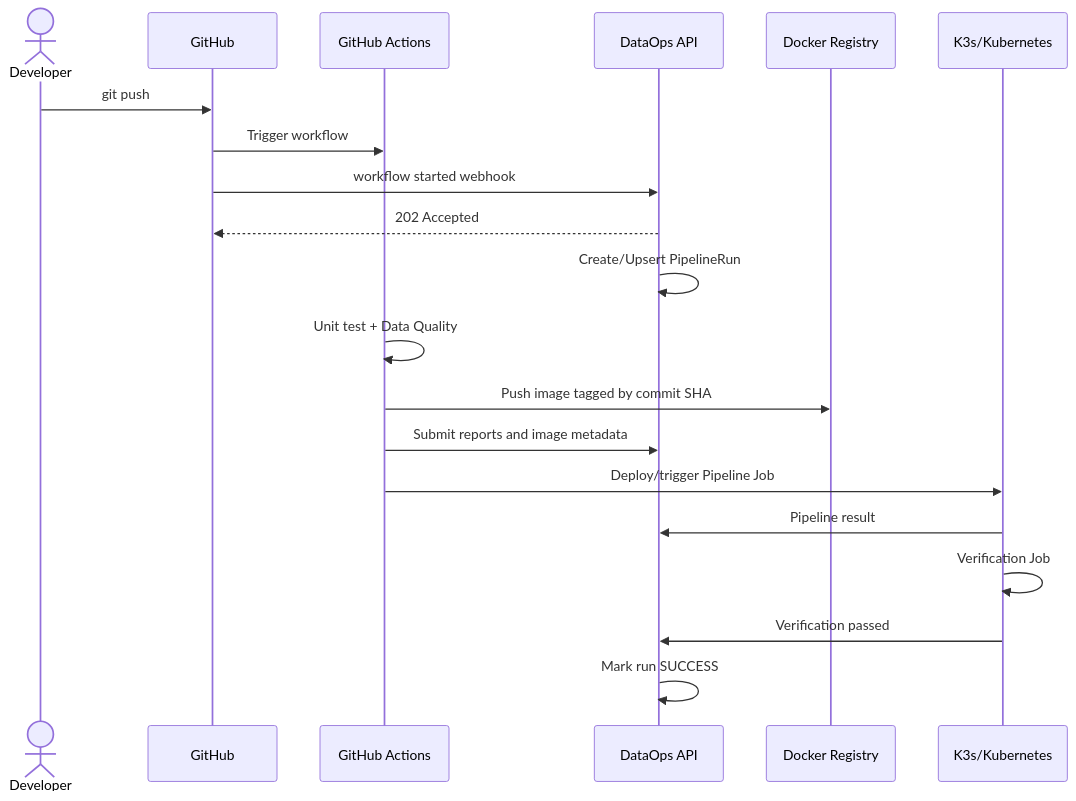
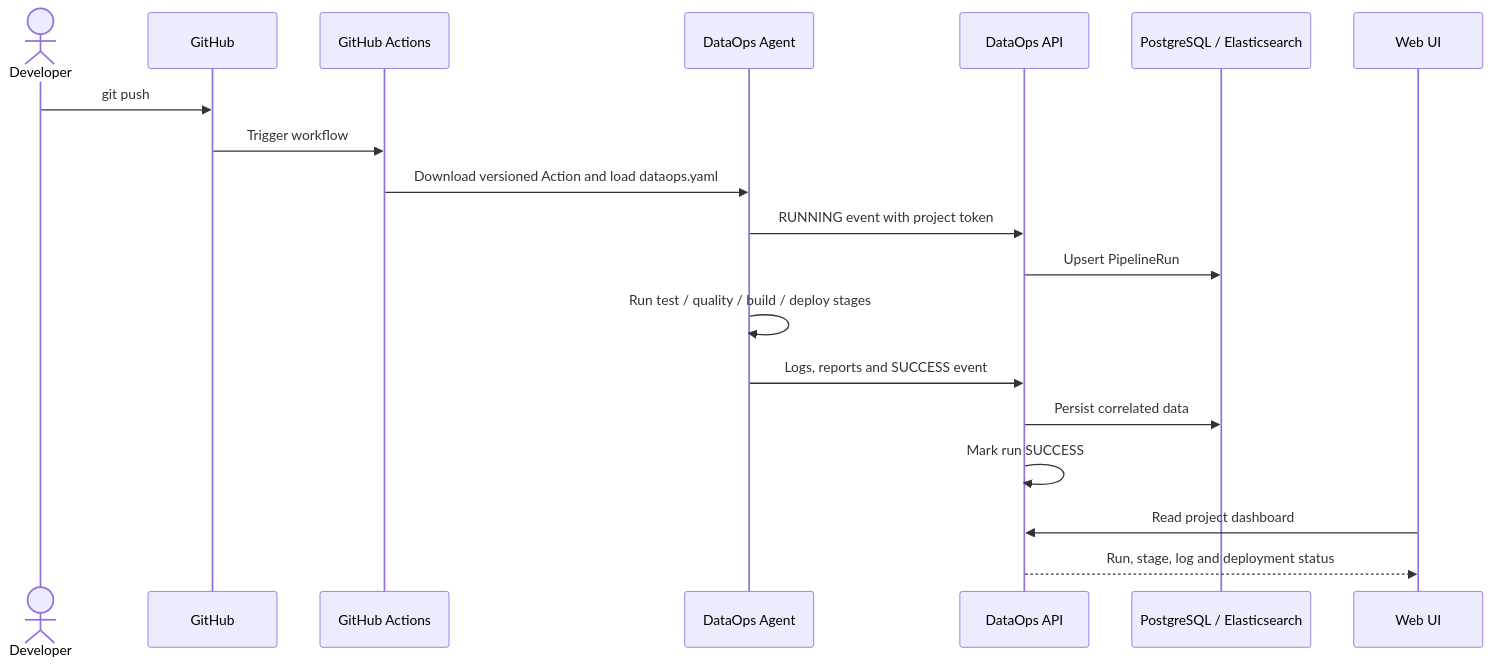
Before and after one commit to AndyAnh174/dataops-control-plane: the first of 4 diagrams in docs/03-runtime-flows.md, drawn with Mermaid. The commit also changed other lines of this file and 10 other files, not shown here.

Commit message:
docs: define self-hosted web platform flow

````diff
--- a/docs/03-runtime-flows.md
+++ b/docs/03-runtime-flows.md
@@ -17,23 +38,22 @@
 ```mermaid
 sequenceDiagram
     actor Dev as Developer
     participant Git as GitHub
     participant CI as GitHub Actions
+    participant Agent as DataOps Agent
     participant DO as DataOps API
-    participant Reg as Docker Registry
-    participant K8s as K3s/Kubernetes
+    participant Store as PostgreSQL / Elasticsearch
+    participant UI as Web UI
 
     Dev->>Git: git push
     Git->>CI: Trigger workflow
-    Git->>DO: workflow started webhook
-    DO-->>Git: 202 Accepted
-    DO->>DO: Create/Upsert PipelineRun
-    CI->>CI: Unit test + Data Quality
-    CI->>Reg: Push image tagged by commit SHA
-    CI->>DO: Submit reports and image metadata
-    CI->>K8s: Deploy/trigger Pipeline Job
-    K8s->>DO: Pipeline result
-    K8s->>K8s: Verification Job
-    K8s->>DO: Verification passed
+    CI->>Agent: Download versioned Action and load dataops.yaml
+    Agent->>DO: RUNNING event with project token
+    DO->>Store: Upsert PipelineRun
+    Agent->>Agent: Run test / quality / build / deploy stages
+    Agent->>DO: Logs, reports and SUCCESS event
+    DO->>Store: Persist correlated data
     DO->>DO: Mark run SUCCESS
+    UI->>DO: Read project dashboard
+    DO-->>UI: Run, stage, log and deployment status
 ```
````
